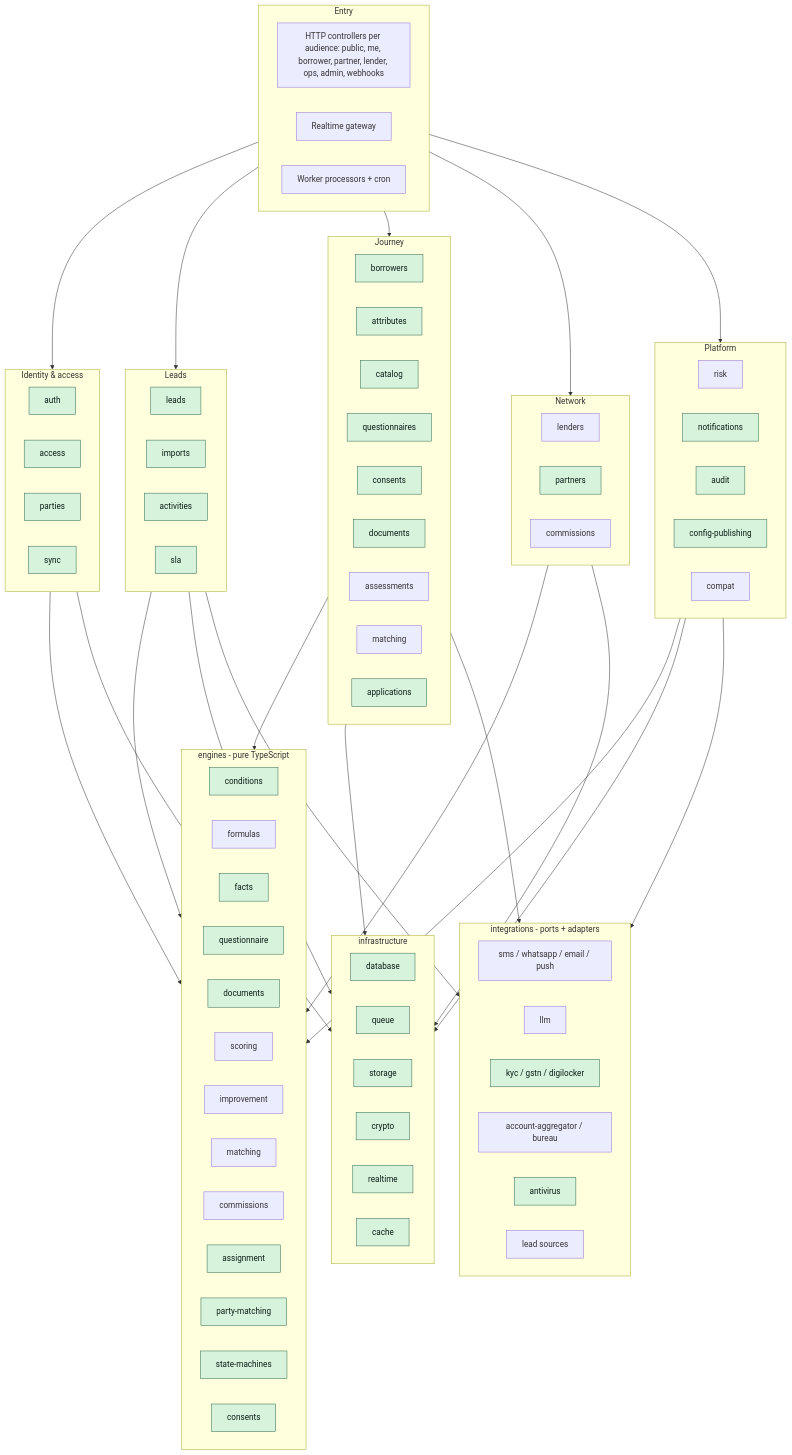
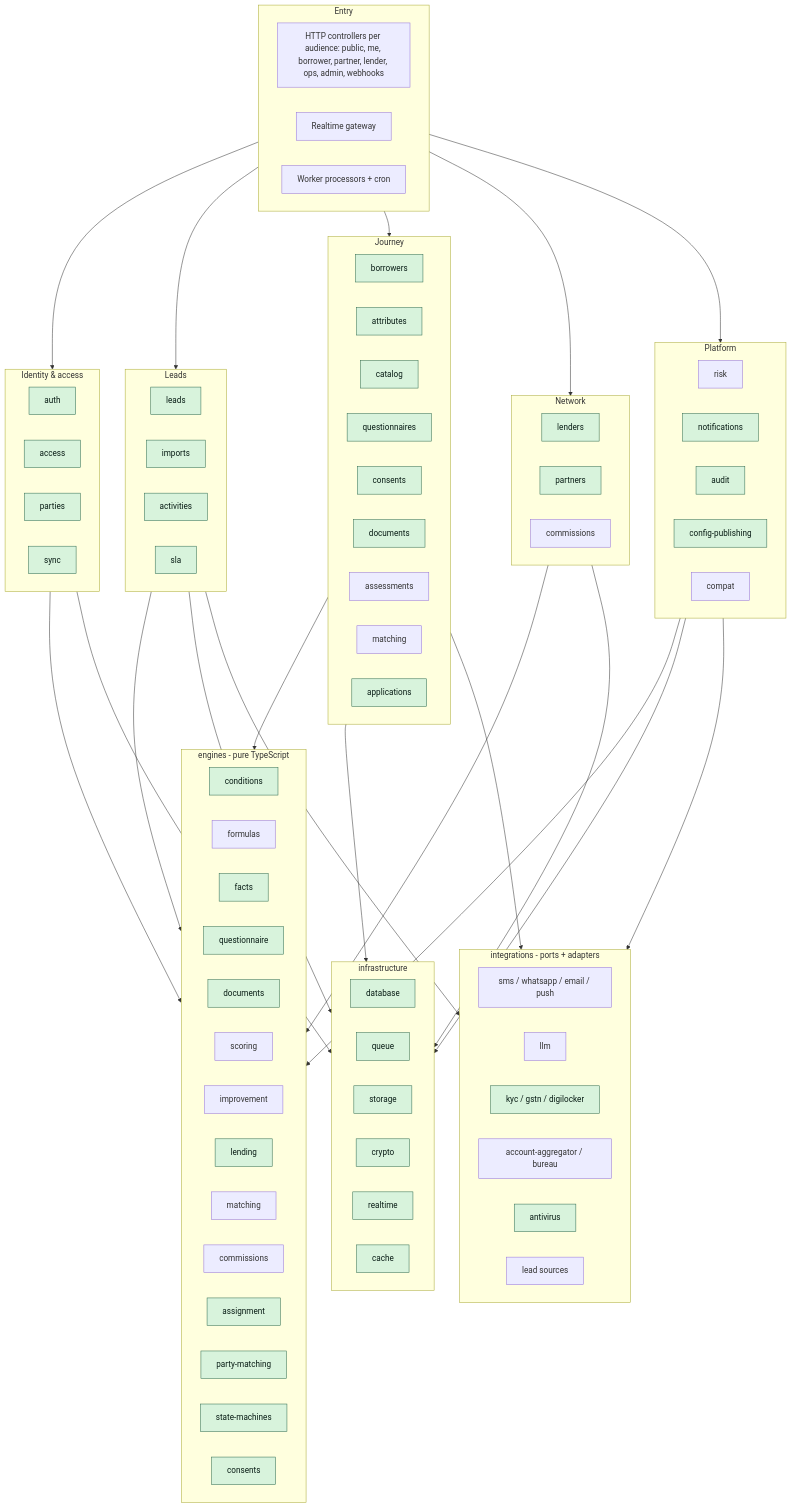
Before and after one commit to Shaikhfaruk/fundenflo: the second of 15 diagrams in docs/ARCHITECTURE.md, drawn with Mermaid. The commit also changed other lines of this file and 85 other files, not shown here.

````diff
--- a/docs/ARCHITECTURE.md
+++ b/docs/ARCHITECTURE.md
@@ -116,6 +116,7 @@
     docChecklist[documents]
     scoring
     improvement
+    lendingEngine[lending]
     matchingEngine[matching]
     commissionCalc[commissions]
     assignment
@@ -158,5 +159,5 @@
   LeadsGroup --> Ports
   Platform --> Ports
   classDef built fill:#d8f3dc,stroke:#2d6a4f,color:#081c15
-  class auth,access,parties,catalog,attributes,questionnaires,consents,partners,leads,imports,activities,sla,realtime,sync,documents,borrowers,applications,notifications,audit,configPublishing,conditions,facts,questionnaire,partyMatching,stateMachines,consentFold,assignment,docChecklist,database,queue,storage,crypto,cache,avP,kycP built
+  class auth,access,parties,catalog,attributes,questionnaires,consents,partners,leads,imports,activities,sla,realtime,sync,documents,borrowers,applications,lenders,notifications,audit,configPublishing,conditions,facts,questionnaire,partyMatching,stateMachines,consentFold,assignment,docChecklist,lendingEngine,database,queue,storage,crypto,cache,avP,kycP built
 ```
````
